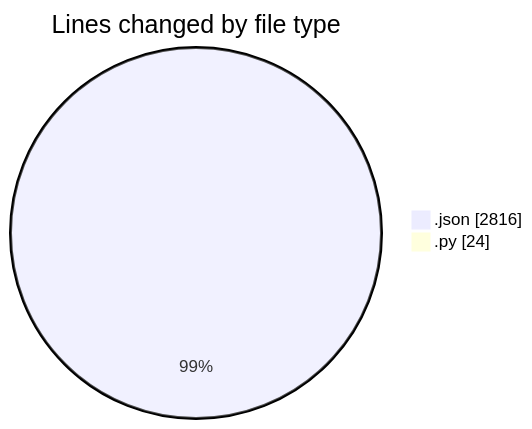
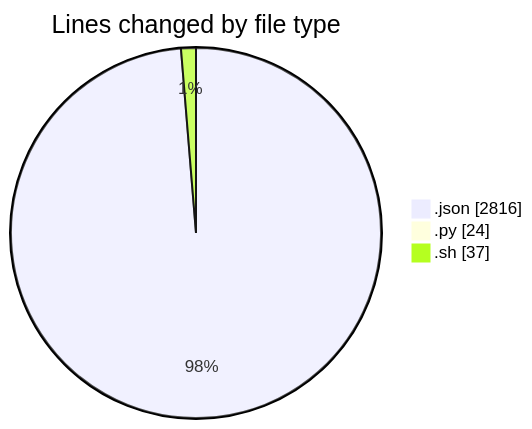
One commit to EIIisD/code-tracking changed the first of 2 diagrams in 2025-08-07/_claude/README.md. Above: the diagram before and after it, drawn with Mermaid. The commit also changed other lines of this file and 1 other file, not shown here.

````diff
--- a/2025-08-07/_claude/README.md
+++ b/2025-08-07/_claude/README.md
@@ -22,6 +23,7 @@
 ```mermaid
 pie showData
 title Lines changed by file type
 ".json" : 2816
 ".py" : 24
+".sh" : 37
 ```
````
